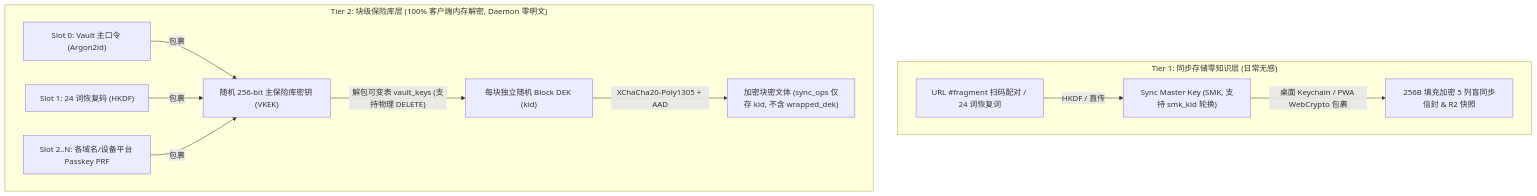
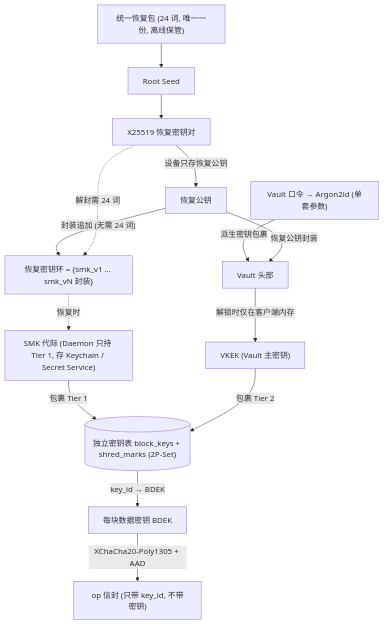
One commit to gray0128/my-note changed the fifth of 7 diagrams in docs/architecture-proposal.md. Above: the diagram before and after it, drawn with Mermaid. The commit also changed other lines of this file and 14 other files, not shown here.

````diff
--- a/docs/architecture-proposal.md
+++ b/docs/architecture-proposal.md
@@ -444,15 +492,16 @@
 ```mermaid
 flowchart TD
-    subgraph Tier1["Tier 1: 同步存储零知识层 (日常无感)"]
-        PairOrRec["URL #fragment 扫码配对 / 24 词恢复词"] -->|"HKDF / 直传"| SMK["Sync Master Key (SMK, 支持 smk_kid 轮换)"]
-        SMK -->|"桌面 Keychain / PWA WebCrypto 包裹"| AutoEnc["256B 填充加密 5 列盲同步信封 & R2 快照"]
-    end
-
-    subgraph Tier2["Tier 2: 块级保险库层 (100% 客户端内存解密, Daemon 零明文)"]
-        S0["Slot 0: Vault 主口令 (Argon2id)"] -->|"包裹"| VKEK["随机 256-bit 主保险库密钥 (VKEK)"]
-        S1["Slot 1: 24 词恢复码 (HKDF)"] -->|"包裹"| VKEK
-        S2["Slot 2..N: 各域名/设备平台 Passkey PRF"] -->|"包裹"| VKEK
-        VKEK -->|"解包可变表 vault_keys (支持物理 DELETE)"| BDEK["每块独立随机 Block DEK (kid)"]
-        BDEK -->|"XChaCha20-Poly1305 + AAD"| LockedBlob["加密块密文体 (sync_ops 仅存 kid, 不含 wrapped_dek)"]
-    end
+    RB["统一恢复包 (24 词, 唯一一份, 离线保管)"] --> RS["Root Seed"]
+    RS --> RKP["X25519 恢复密钥对"]
+    RKP -->|"设备只存恢复公钥"| RPUB["恢复公钥"]
+    RPUB -->|"封装追加 (无需 24 词)"| RKR["恢复密钥环 = {smk_v1 ... smk_vN 封装}"]
+    RKP -.->|"解封需 24 词"| RKR
+    RKR -.->|"恢复时"| SMK["SMK 代际 (Daemon 只持 Tier 1, 存 Keychain / Secret Service)"]
+    PW["Vault 口令 → Argon2id (单套参数)"] -->|"派生密钥包裹"| VH["Vault 头部"]
+    RPUB -->|"恢复公钥封装"| VH
+    VH -->|"解锁时仅在客户端内存"| VKEK["VKEK (Vault 主密钥)"]
+    SMK -->|"包裹 Tier 1"| BK[("独立密钥表 block_keys + shred_marks (2P-Set)")]
+    VKEK -->|"包裹 Tier 2"| BK
+    BK -->|"key_id → BDEK"| BDEK["每块数据密钥 BDEK"]
+    BDEK -->|"XChaCha20-Poly1305 + AAD"| OP["op 信封 (只带 key_id, 不带密钥)"]
 ```
````
